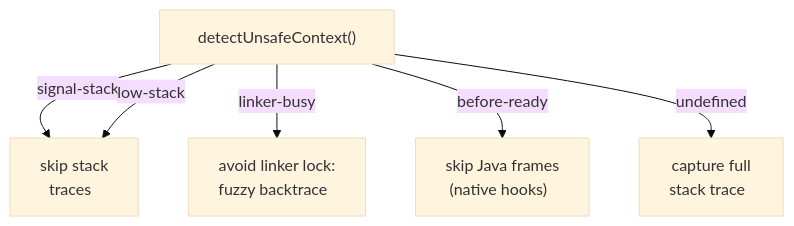
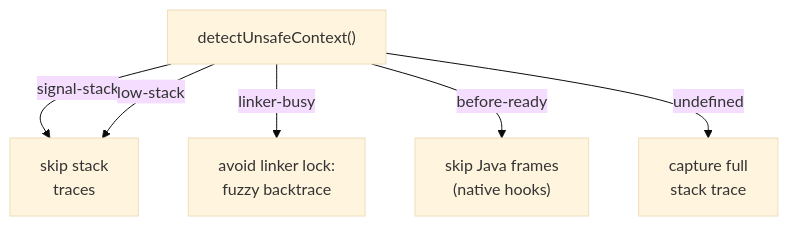
Before and after one commit to bernhste/frooky: the tenth of 13 diagrams in docs/under-the-hood.md, drawn with Mermaid (base theme).

Commit message:
update graph

````diff
--- a/docs/under-the-hood.md
+++ b/docs/under-the-hood.md
@@ -529,9 +529,9 @@
 ```mermaid
 flowchart TD
-    check["&nbsp; detectUnsafeContext() &nbsp;"]
-    check -->|"signal-stack"| skip["skip stack<br/>traces &nbsp;"]
+    check["detectUnsafeContext()"]
+    check -->|"signal-stack"| skip["skip stack<br/>traces"]
     check -->|"low-stack"| skip
-    check -->|"linker-busy"| fallback["avoid linker lock:<br/>fuzzy backtrace &nbsp;"]
-    check -->|"before-ready"| noJava["skip Java frames<br/>(native hooks) &nbsp;"]
-    check -->|"undefined"| safe["capture full<br/>stack trace &nbsp;"]
+    check -->|"linker-busy"| fallback["avoid linker lock:<br/>fuzzy backtrace"]
+    check -->|"before-ready"| noJava["skip Java frames<br/>(native hooks)"]
+    check -->|"undefined"| safe["capture full<br/>stack trace"]
 ```
````
